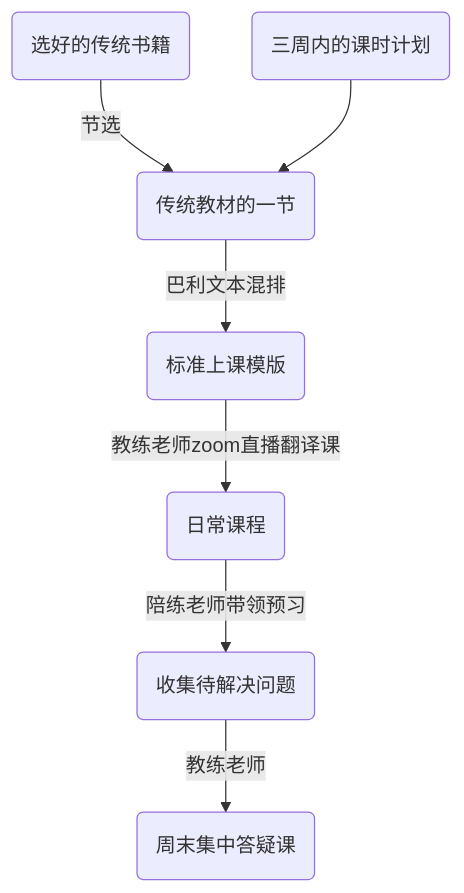
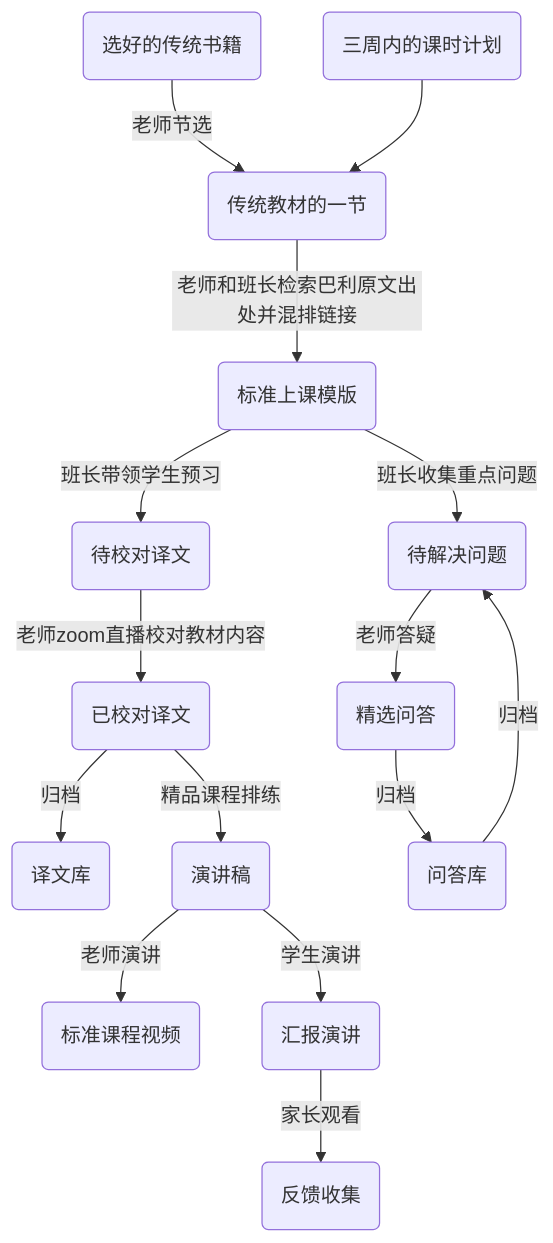
Before and after one commit to Bhikkhu-Kosalla/IAPT_Doc: the diagram in 标准授课流程.md, drawn with Mermaid.

Commit message:
流程图

````diff
--- a/标准授课流程.md
+++ b/标准授课流程.md
@@ -1,16 +1,32 @@
 ```mermaid
 graph TD;
 A(选好的传统书籍);
 B(三周内的课时计划);
 C(传统教材的一节);
 D(标准上课模版);
-E(日常课程);
-F(收集待解决问题);
-G(周末集中答疑课);
-A--节选-->C;
+E(待校对译文);
+F(待解决问题);
+G(精选问答);
+H(已校对译文);
+I(译文库);
+J(问答库);
+K(演讲稿);
+L(标准课程视频);
+M(汇报演讲);
+N(反馈收集);
+
+A--老师节选-->C;
 B-->C;
-C--巴利文本混排-->D;
-D--教练老师zoom直播翻译课-->E;
-E--陪练老师带领预习-->F;
-F--教练老师-->G;
+C--老师和班长检索巴利原文出处并混排链接-->D;
+D--班长带领学生预习-->E;
+D--班长收集重点问题-->F;
+E--老师zoom直播校对教材内容-->H;
+F--老师答疑-->G;
+G--归档-->J;
+J--归档-->F;
+H--归档-->I;
+H--精品课程排练-->K;
+K--老师演讲-->L;
+K--学生演讲-->M;
+M--家长观看-->N;
 ```
````
